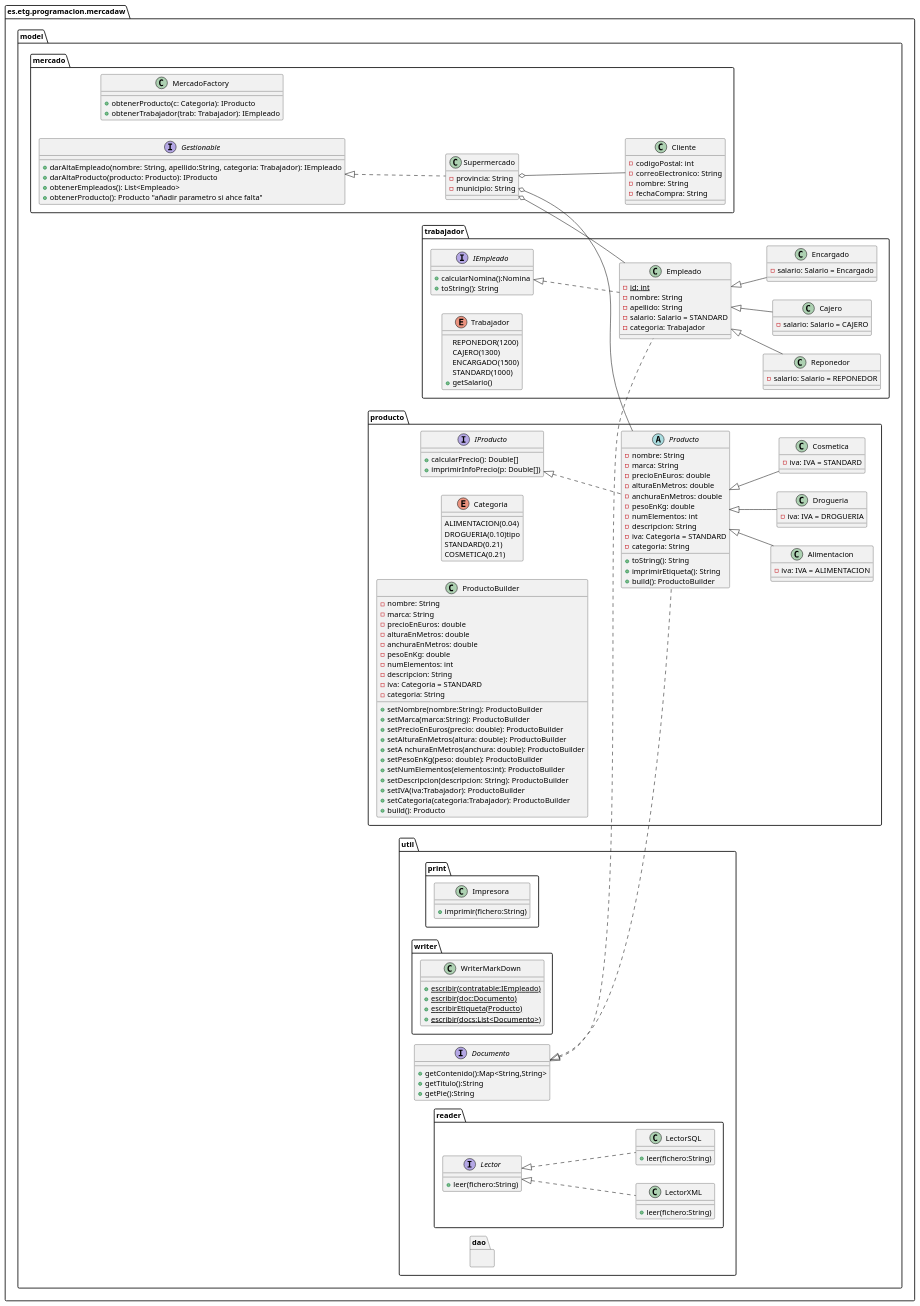
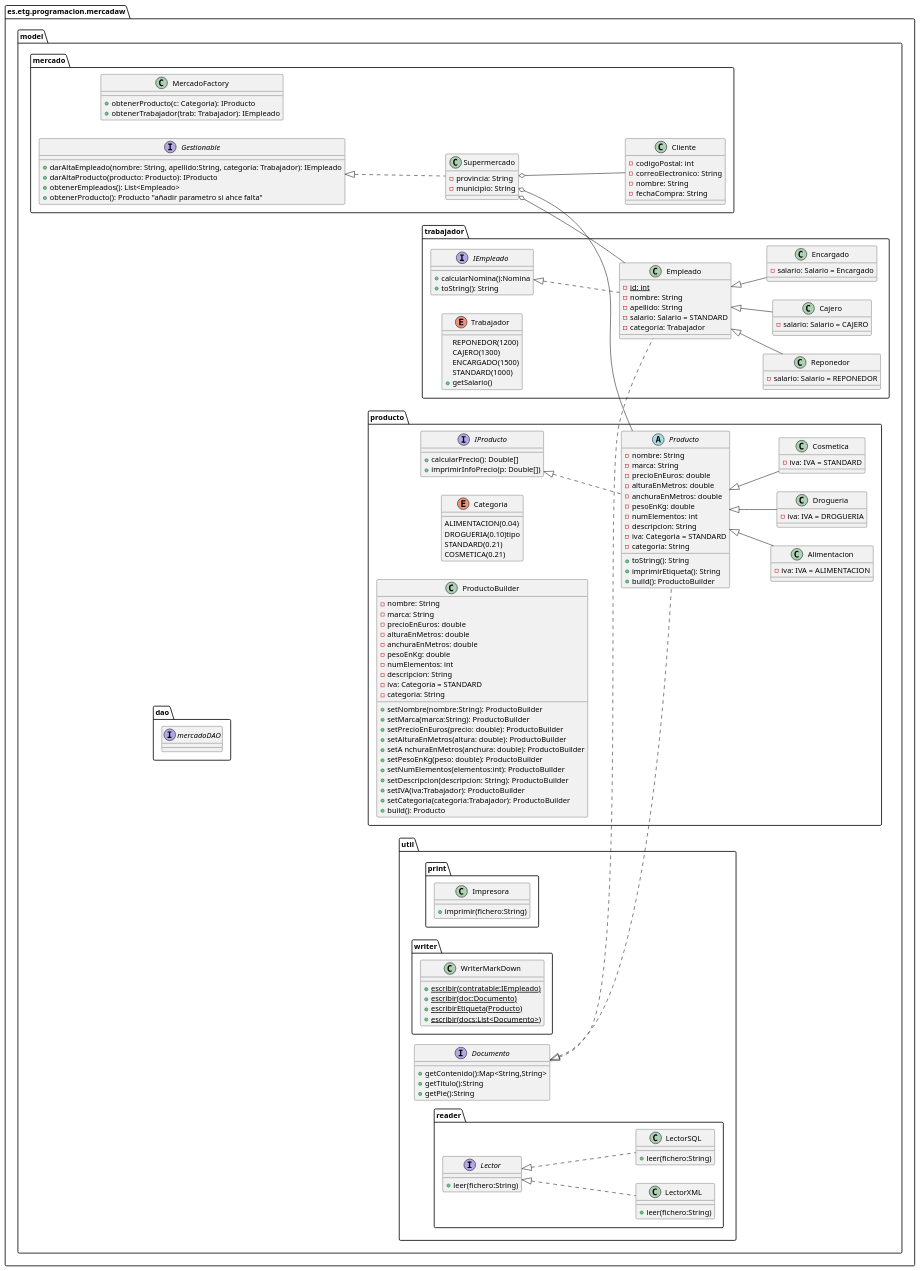
One commit to Edsonbs/MercaDAW changed the first of 2 diagrams in design/DiagramaClases.pu. Above: the diagram before and after it, drawn with PlantUML.

Commit message:
cambios en diagrama clases en develop sin darme cuenta

```diff
--- a/design/DiagramaClases.pu
+++ b/design/DiagramaClases.pu
@@ -1,184 +1,184 @@
 @startuml Diagrama clases Mercado
 set separator none
 left to right direction
 package es.etg.programacion.mercadaw{
     package model{
         package mercado{
             class Supermercado{
                     -provincia: String
                     -municipio: String
             }       
 
             
             class Cliente{
                 -codigoPostal: int
                 -correoElectronico: String
                 -nombre: String
                 -fechaCompra: String
             }
             
             
             class MercadoFactory{
                 +obtenerProducto(c: Categoria): IProducto
                 +obtenerTrabajador(trab: Trabajador): IEmpleado
             }
             interface Gestionable{
                 +darAltaEmpleado(nombre: String, apellido:String, categoria: Trabajador): IEmpleado
                 +darAltaProducto(producto: Producto): IProducto
                 +obtenerEmpleados(): List<Empleado>
                 +obtenerProducto(): Producto "añadir parametro si ahce falta"
 
             }
         }
-            package producto{
-                abstract Producto{
-                    -nombre: String
-                    -marca: String
-                    -precioEnEuros: double
-                    -alturaEnMetros: double
-                    -anchuraEnMetros: double
-                    -pesoEnKg: double
-                    -numElementos: int
-                    -descripcion: String
-                    -iva: Categoria = STANDARD
-                    -categoria: String
-                    +toString(): String
-                    +imprimirEtiqueta(): String
-                    +build(): ProductoBuilder
-                }
+        package producto{
+            abstract Producto{
+                -nombre: String
+                -marca: String
+                -precioEnEuros: double
+                -alturaEnMetros: double
+                -anchuraEnMetros: double
+                -pesoEnKg: double
+                -numElementos: int
+                -descripcion: String
+                -iva: Categoria = STANDARD
+                -categoria: String
+                +toString(): String
+                +imprimirEtiqueta(): String
+                +build(): ProductoBuilder
+            }
 
-                interface IProducto{
-                    +calcularPrecio(): Double[]
-                    +imprimirInfoPrecio(p: Double[])
-                }
+            interface IProducto{
+                +calcularPrecio(): Double[]
+                +imprimirInfoPrecio(p: Double[])
+            }
                 
-                class Alimentacion{
-                    -iva: IVA = ALIMENTACION
-                }
-                class Drogueria{
-                    -iva: IVA = DROGUERIA
-                }
+            class Alimentacion{
+                -iva: IVA = ALIMENTACION
+            }
+            class Drogueria{
+                -iva: IVA = DROGUERIA
+            }
 
-                class Cosmetica{
-                    -iva: IVA = STANDARD
-                }
-                enum Categoria{
+            class Cosmetica{
+                -iva: IVA = STANDARD
+            }
+            enum Categoria{
                 ALIMENTACION(0.04)
                 DROGUERIA(0.10)tipo
                 STANDARD(0.21)
                 COSMETICA(0.21)
 
-                }
-                class ProductoBuilder{
+            }
+            class ProductoBuilder{
                 -nombre: String
                 -marca: String
                 -precioEnEuros: double
                 -alturaEnMetros: double
                 -anchuraEnMetros: double
                 -pesoEnKg: double
                 -numElementos: int
                 -descripcion: String
                 -iva: Categoria = STANDARD
                 -categoria: String
                 +setNombre(nombre:String): ProductoBuilder
                 +setMarca(marca:String): ProductoBuilder
                 +setPrecioEnEuros(precio: double): ProductoBuilder
                 +setAlturaEnMetros(altura: double): ProductoBuilder
                 +setA nchuraEnMetros(anchura: double): ProductoBuilder
                 +setPesoEnKg(peso: double): ProductoBuilder
                 +setNumElementos(elementos:int): ProductoBuilder
                 +setDescripcion(descripcion: String): ProductoBuilder
                 +setIVA(iva:Trabajador): ProductoBuilder
                 +setCategoria(categoria:Trabajador): ProductoBuilder
                 +build(): Producto
-                }
             }
-            package trabajador{
-                class Empleado{
-                    -{static} id: int
-                    -nombre: String
-                    -apellido: String
-                    -salario: Salario = STANDARD
-                    -categoria: Trabajador
-                }
-                class Reponedor{
-                    -salario: Salario = REPONEDOR
-                }
-                class Cajero{
-                    -salario: Salario = CAJERO
-                }
-                class Encargado{
-                    -salario: Salario = Encargado
-                }
+        }
+        package trabajador{
+            class Empleado{
+                -{static} id: int
+                -nombre: String
+                -apellido: String
+                -salario: Salario = STANDARD
+                -categoria: Trabajador
+            }
+            class Reponedor{
+                -salario: Salario = REPONEDOR
+            }
+            class Cajero{
+                -salario: Salario = CAJERO
+            }
+            class Encargado{
+                -salario: Salario = Encargado
+            }
 
-                interface IEmpleado{
-                    +calcularNomina():Nomina
-                    +toString(): String
-                }
-                enum Trabajador {
-                    REPONEDOR(1200)
-                    CAJERO(1300)
-                    ENCARGADO(1500)
-                    STANDARD(1000)
-                    +getSalario()
-                }
+            interface IEmpleado{
+                +calcularNomina():Nomina
+                +toString(): String
+            }
+            enum Trabajador {
+                REPONEDOR(1200)
+                CAJERO(1300)
+                ENCARGADO(1500)
+                STANDARD(1000)
+                +getSalario()
+            }
             }
         
         package util{
             interface Documento{
                 +getContenido():Map<String,String>
                 +getTitulo():String
                 +getPie():String
             }
-            package print{
-                class Impresora{
-                    +imprimir(fichero:String)
+        package print{
+            class Impresora{
+                +imprimir(fichero:String)
+            }
+            }
+        package writer{
+            class WriterMarkDown{
+                +{static}escribir(contratable:IEmpleado)
+                +{static}escribir(doc:Documento)
+                +{static}escribirEtiqueta(Producto)
+                +{static}escribir(docs:List<Documento>)
                 }
             }
-            package writer{
-                class WriterMarkDown{
-                    +{static}escribir(contratable:IEmpleado)
-                    +{static}escribir(doc:Documento)
-                    +{static}escribirEtiqueta(Producto)
-                    +{static}escribir(docs:List<Documento>)
-                }
+        package reader{
+            interface Lector{
+                +leer(fichero:String)
             }
-            package reader{
-                interface Lector{
-                    +leer(fichero:String)
-                }
-                class LectorXML{
-                    +leer(fichero:String)
-                }
-                class LectorSQL{
-                    +leer(fichero:String)
-                }
+            class LectorXML{
+                +leer(fichero:String)
+            }
+            class LectorSQL{
+                +leer(fichero:String)
+            }
                 Lector <|.. LectorXML
                 Lector <|.. LectorSQL
             }
         Documento <|.. Producto
         Documento <|.. Empleado
+        }
         package dao{
-             
-        }
-            
-            
-
-    }   
-}  
+            interface mercadoDAO{
+                
+            }
+        }   
+    }
+} 
 
 Supermercado o-- Producto
 Supermercado o-- Empleado
 Supermercado o-- Cliente
 IProducto <|.. Producto
 Producto <|-- Alimentacion
 Producto <|-- Drogueria
 Producto <|-- Cosmetica
 Empleado <|-- Reponedor
 Empleado <|-- Cajero
 Empleado <|-- Encargado
 Gestionable <|.. Supermercado
 IEmpleado <|.. Empleado
 
 
 @enduml
```
